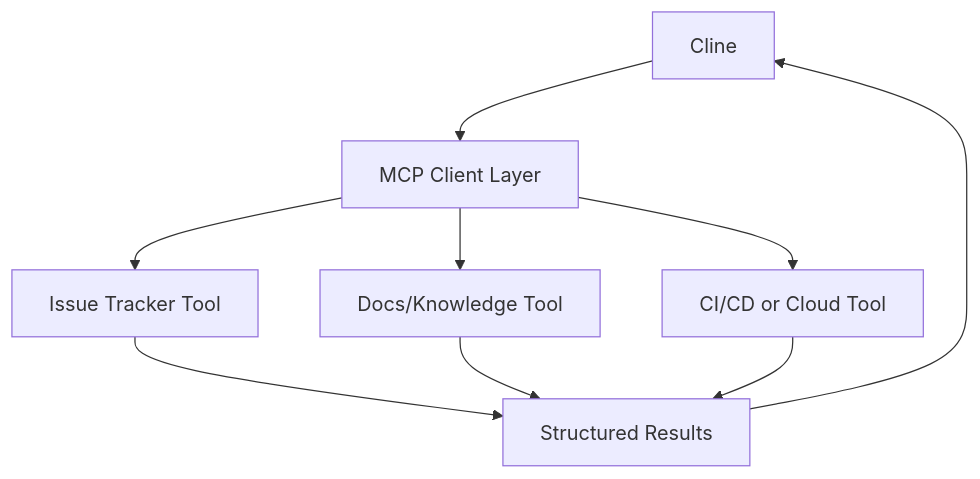
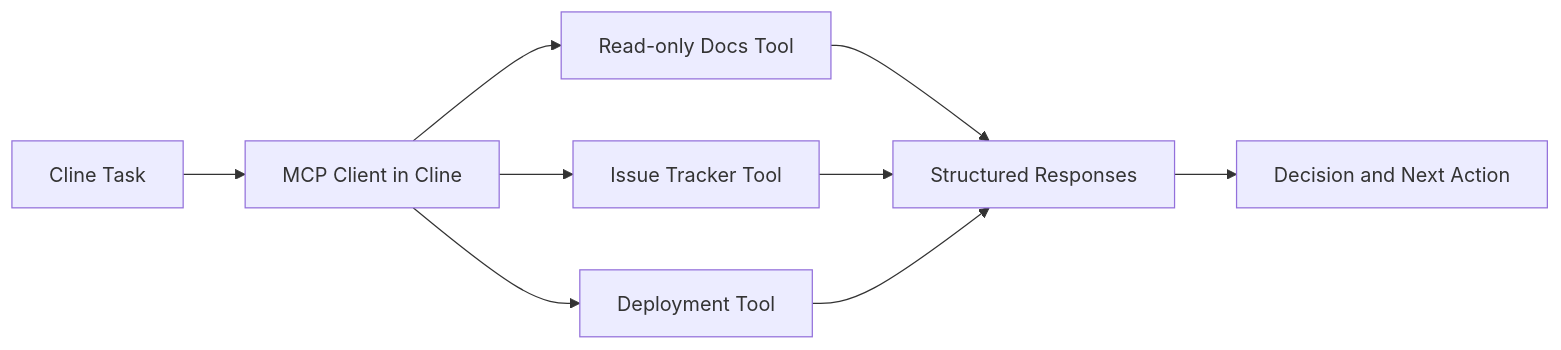
Before and after one commit to johnxie/awesome-code-docs: the diagram in tutorials/cline-tutorial/06-mcp-and-custom-tools.md, drawn with Mermaid. The commit also changed other lines of this file and 13 other files, not shown here.

````diff
--- a/tutorials/cline-tutorial/06-mcp-and-custom-tools.md
+++ b/tutorials/cline-tutorial/06-mcp-and-custom-tools.md
@@ -14,11 +25,11 @@
 ```mermaid
-graph TD
-    C[Cline] --> M[MCP Client Layer]
-    M --> T1[Issue Tracker Tool]
-    M --> T2[Docs/Knowledge Tool]
-    M --> T3[CI/CD or Cloud Tool]
-    T1 --> R[Structured Results]
-    T2 --> R
-    T3 --> R
-    R --> C
+flowchart LR
+    A[Cline Task] --> B[MCP Client in Cline]
+    B --> C1[Read-only Docs Tool]
+    B --> C2[Issue Tracker Tool]
+    B --> C3[Deployment Tool]
+    C1 --> D[Structured Responses]
+    C2 --> D
+    C3 --> D
+    D --> E[Decision and Next Action]
 ```
````
